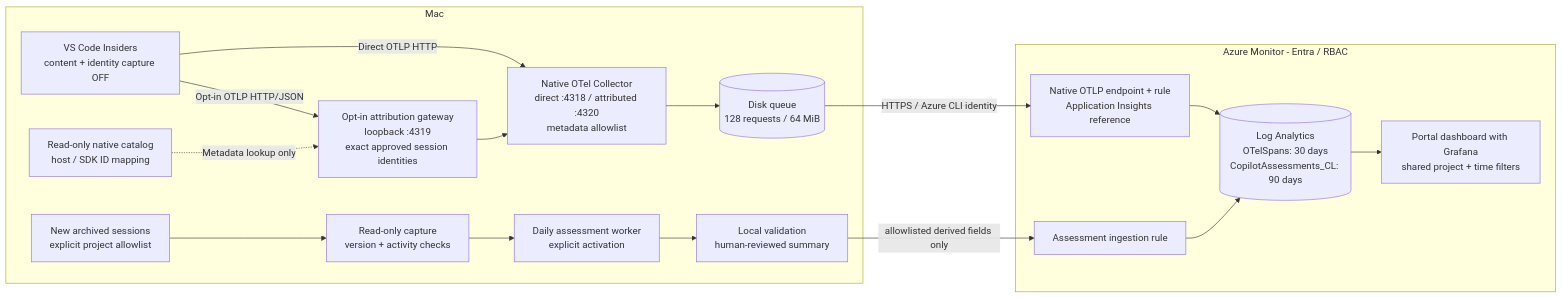
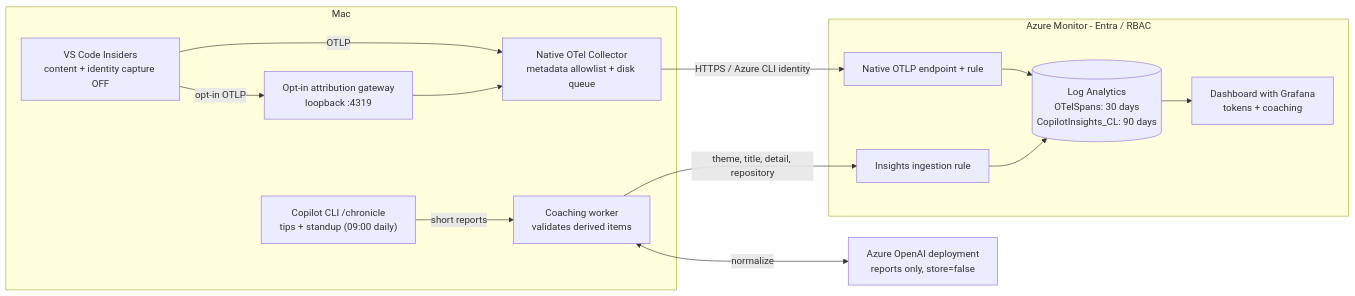
The diagram in README.md (prasann/copilot-otel), drawn with Mermaid before and after one commit. The commit also changed other lines of this file and 32 other files, not shown here.

First line of the commit message:
feat: replace session assessment with daily Chronicle coaching

````diff
--- a/README.md
+++ b/README.md
@@ -92,28 +20,25 @@
 ```mermaid
 flowchart LR
   subgraph Mac["Mac"]
     Client["VS Code Insiders<br/>content + identity capture OFF"]
-    Filter["Native OTel Collector<br/>direct :4318 / attributed :4320<br/>metadata allowlist"]
-    Gateway["Opt-in attribution gateway<br/>loopback :4319<br/>exact approved session identities"]
-    Catalog["Read-only native catalog<br/>host / SDK ID mapping"]
-    Queue[("Disk queue<br/>128 requests / 64 MiB")]
-    History["New archived sessions<br/>explicit project allowlist"]
-    Capture["Read-only capture<br/>version + activity checks"]
-    Assess["Daily assessment worker<br/>explicit activation"]
-    Review["Local validation<br/>human-reviewed summary"]
-    Client -->|Direct OTLP HTTP| Filter --> Queue
-    Client -->|Opt-in OTLP HTTP/JSON| Gateway --> Filter
-    Catalog -.->|Metadata lookup only| Gateway
-    History --> Capture --> Assess --> Review
+    Gateway["Opt-in attribution gateway<br/>loopback :4319"]
+    Filter["Native OTel Collector<br/>metadata allowlist + disk queue"]
+    Chronicle["Copilot CLI /chronicle<br/>tips + standup (09:00 daily)"]
+    Coach["Coaching worker<br/>validates derived items"]
+    Client -->|OTLP| Filter
+    Client -->|opt-in OTLP| Gateway --> Filter
+    Chronicle -->|short reports| Coach
   end
+  Model["Azure OpenAI deployment<br/>reports only, store=false"]
   subgraph Azure["Azure Monitor - Entra / RBAC"]
-    OTLP["Native OTLP endpoint + rule<br/>Application Insights reference"]
-    DCR["Assessment ingestion rule"]
-    Logs[("Log Analytics<br/>OTelSpans: 30 days<br/>CopilotAssessments_CL: 90 days")]
-    Dashboard["Portal dashboard with Grafana<br/>shared project + time filters"]
+    OTLP["Native OTLP endpoint + rule"]
+    DCR["Insights ingestion rule"]
+    Logs[("Log Analytics<br/>OTelSpans: 30 days<br/>CopilotInsights_CL: 90 days")]
+    Dashboard["Dashboard with Grafana<br/>tokens + coaching"]
     OTLP --> Logs
     DCR --> Logs --> Dashboard
   end
-  Queue -->|"HTTPS / Azure CLI identity"| OTLP
-  Review -->|"allowlisted derived fields only"| DCR
+  Filter -->|HTTPS / Azure CLI identity| OTLP
+  Coach <-->|normalize| Model
+  Coach -->|theme, title, detail, repository| DCR
 ```
````
